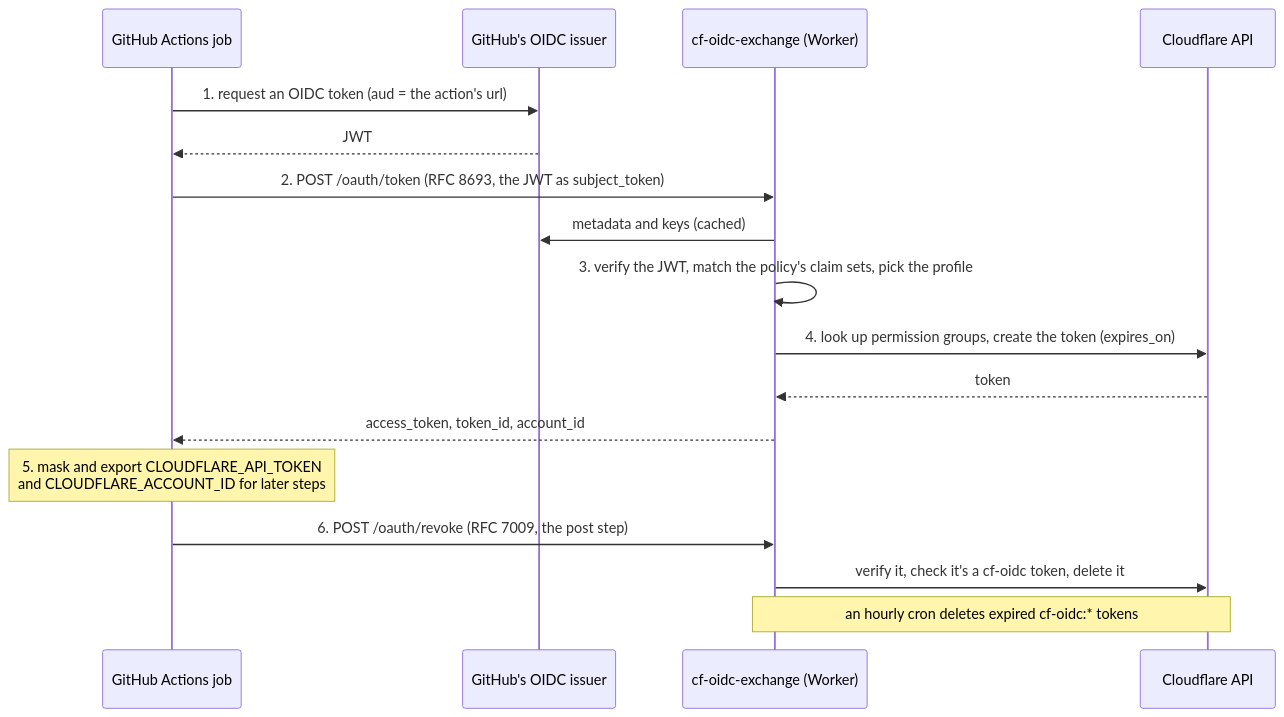
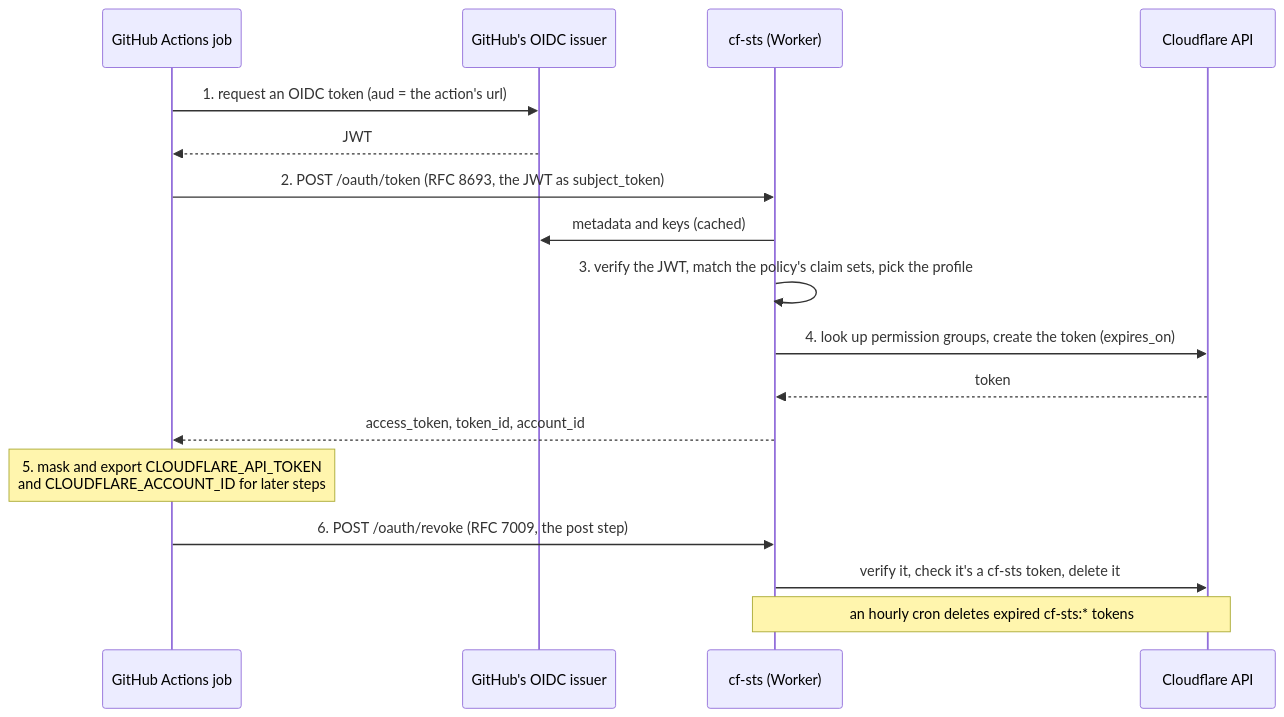
One commit to cf-contrib/cf-oidc-exchange changed the diagram in README.md. Above: the diagram before and after it, drawn with Mermaid. The commit also changed other lines of this file and 85 other files, not shown here.

````diff
--- a/README.md
+++ b/README.md
@@ -46,20 +47,20 @@
 ```mermaid
 sequenceDiagram
     participant Job as GitHub Actions job
     participant OIDC as GitHub's OIDC issuer
-    participant Broker as cf-oidc-exchange (Worker)
+    participant Broker as cf-sts (Worker)
     participant CF as Cloudflare API
 
     Job->>OIDC: 1. request an OIDC token (aud = the action's url)
     OIDC-->>Job: JWT
     Job->>Broker: 2. POST /oauth/token (RFC 8693, the JWT as subject_token)
     Broker->>OIDC: metadata and keys (cached)
     Broker->>Broker: 3. verify the JWT, match the policy's claim sets, pick the profile
     Broker->>CF: 4. look up permission groups, create the token (expires_on)
     CF-->>Broker: token
     Broker-->>Job: access_token, token_id, account_id
     Note over Job: 5. mask and export CLOUDFLARE_API_TOKEN<br/>and CLOUDFLARE_ACCOUNT_ID for later steps
     Job->>Broker: 6. POST /oauth/revoke (RFC 7009, the post step)
-    Broker->>CF: verify it, check it's a cf-oidc token, delete it
-    Note over Broker,CF: an hourly cron deletes expired cf-oidc:* tokens
+    Broker->>CF: verify it, check it's a cf-sts token, delete it
+    Note over Broker,CF: an hourly cron deletes expired cf-sts:* tokens
 ```
````
